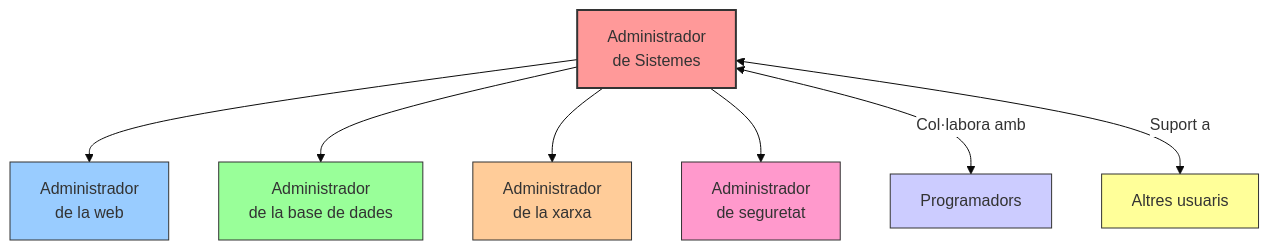
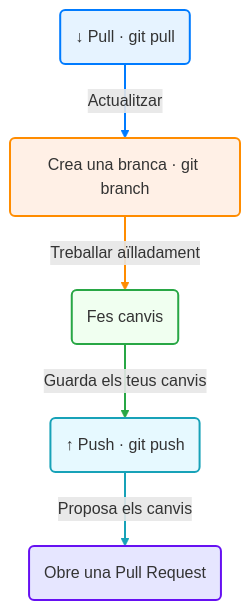
The second of 3 diagrams in slides/01-foundations-of-systems-administration.qmd (francescsolsonatehas/AMSA-AWS), drawn with Mermaid before and after one commit. The commit also changed other lines of this file and 41 other files, not shown here.

````diff
--- a/slides/01-foundations-of-systems-administration.qmd
+++ b/slides/01-foundations-of-systems-administration.qmd
@@ -512,19 +379,24 @@
 ```{mermaid}
-%%| echo: false
-%%{init: {'theme': 'base', 'themeVariables': { 'primaryColor': '#ffd8d8', 'edgeLabelBackground':'#fff'}}}%%
 graph TD
-    A[Administrador<br>de Sistemes] --> B[Administrador<br>de la web]
-    A --> C[Administrador<br>de la base de dades]
-    A --> D[Administrador<br>de la xarxa]
-    A --> E[Administrador<br>de seguretat]
-    A <-- "Col·labora amb" --> F[Programadors]
-    A <-- "Suport a"  --> G[Altres usuaris]
-    
-    style A fill:#ff9999,stroke:#333,stroke-width:2px
-    style B fill:#99ccff,stroke:#333
-    style C fill:#99ff99,stroke:#333
-    style D fill:#ffcc99,stroke:#333
-    style E fill:#ff99cc,stroke:#333
-    style F fill:#ccccff,stroke:#333
-    style G fill:#ffff99,stroke:#333
+        A(↓ Pull · git pull)
+        B(Crea una branca · git branch)
+        C(Fes canvis)
+        D(↑ Push · git push)
+        E(Obre una Pull Request)
+
+    A -- "Actualitzar" --> B
+    B -- "Treballar aïlladament" --> C
+    C -- "Guarda els teus canvis" --> D
+    D -- "Proposa els canvis" --> E
+
+    style A fill:#e6f3ff,stroke:#007bff,stroke-width:2px;
+    style B fill:#fff0e6,stroke:#ff8c00,stroke-width:2px;
+    style C fill:#f0fff0,stroke:#28a745,stroke-width:2px;
+    style D fill:#e6f9ff,stroke:#17a2b8,stroke-width:2px;
+    style E fill:#e6e6ff,stroke:#6610f2,stroke-width:2px;
+
+    linkStyle 0 stroke:#007bff,stroke-width:2px;
+    linkStyle 1 stroke:#ff8c00,stroke-width:2px;
+    linkStyle 2 stroke:#28a745,stroke-width:2px;
+    linkStyle 3 stroke:#17a2b8,stroke-width:2px;
 ```
````
